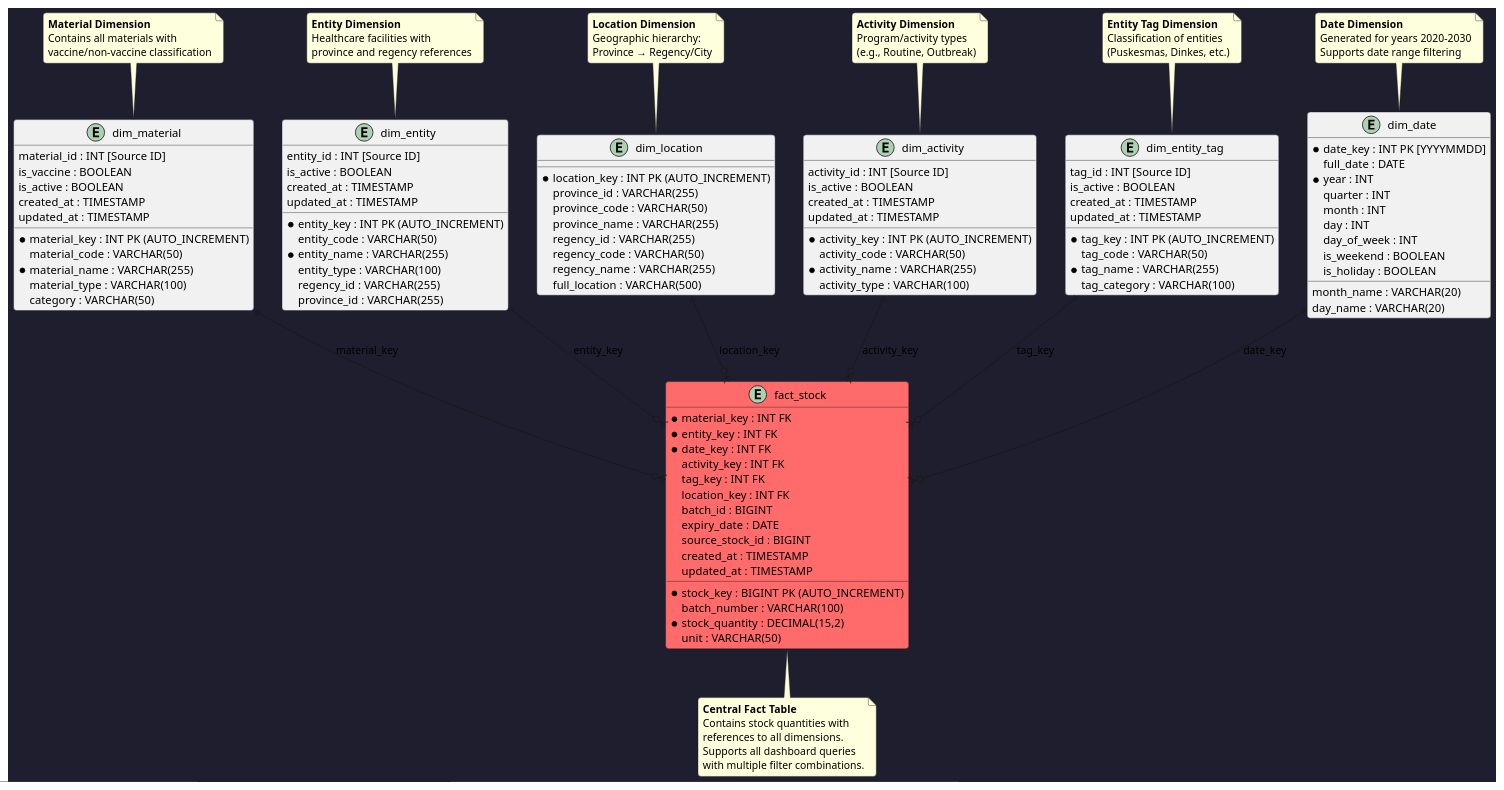
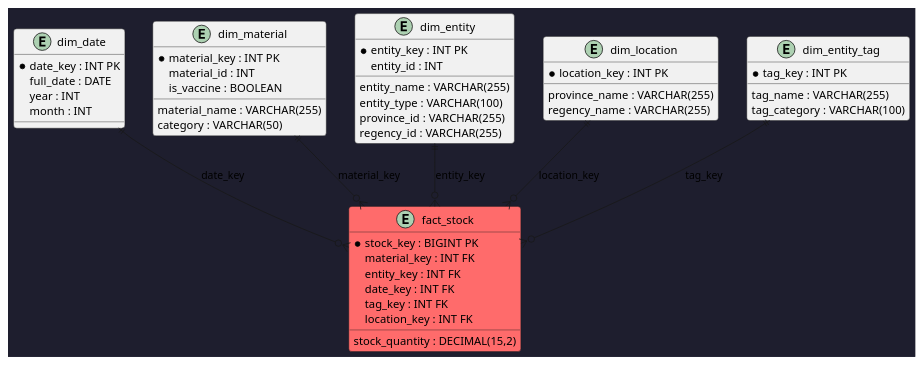
The second of 2 diagrams in README.md (wildan14ar/Requirement-Badr_Interactive), drawn with PlantUML before and after one commit. The commit also changed other lines of this file and 37 other files, not shown here.

````diff
--- a/README.md
+++ b/README.md
@@ -358,154 +120,61 @@
 ```plantuml
-@startuml datamart_schema
+@startuml schema
 
 skinparam backgroundColor #1E1E2E
 skinparam defaultFontName Segoe UI
 skinparam roundCorner 8
 
-' Dimension Tables
 entity "dim_date" as dim_date {
-  * date_key : INT PK [YYYYMMDD]
+  * date_key : INT PK
   full_date : DATE
-  * year : INT
-  quarter : INT
+  year : INT
   month : INT
-  month_name : VARCHAR(20)
-  day : INT
-  day_of_week : INT
-  day_name : VARCHAR(20)
-  is_weekend : BOOLEAN
-  is_holiday : BOOLEAN
 }
 
 entity "dim_material" as dim_material {
-  * material_key : INT PK (AUTO_INCREMENT)
-  material_id : INT [Source ID]
-  material_code : VARCHAR(50)
-  * material_name : VARCHAR(255)
-  material_type : VARCHAR(100)
+  * material_key : INT PK
+  material_id : INT
+  material_name : VARCHAR(255)
   category : VARCHAR(50)
   is_vaccine : BOOLEAN
-  is_active : BOOLEAN
-  created_at : TIMESTAMP
-  updated_at : TIMESTAMP
 }
 
 entity "dim_entity" as dim_entity {
-  * entity_key : INT PK (AUTO_INCREMENT)
-  entity_id : INT [Source ID]
-  entity_code : VARCHAR(50)
-  * entity_name : VARCHAR(255)
+  * entity_key : INT PK
+  entity_id : INT
+  entity_name : VARCHAR(255)
   entity_type : VARCHAR(100)
+  province_id : VARCHAR(255)
   regency_id : VARCHAR(255)
-  province_id : VARCHAR(255)
-  is_active : BOOLEAN
-  created_at : TIMESTAMP
-  updated_at : TIMESTAMP
 }
 
 entity "dim_location" as dim_location {
-  * location_key : INT PK (AUTO_INCREMENT)
-  province_id : VARCHAR(255)
-  province_code : VARCHAR(50)
+  * location_key : INT PK
   province_name : VARCHAR(255)
-  regency_id : VARCHAR(255)
-  regency_code : VARCHAR(50)
   regency_name : VARCHAR(255)
-  full_location : VARCHAR(500)
-}
-
-entity "dim_activity" as dim_activity {
-  * activity_key : INT PK (AUTO_INCREMENT)
-  activity_id : INT [Source ID]
-  activity_code : VARCHAR(50)
-  * activity_name : VARCHAR(255)
-  activity_type : VARCHAR(100)
-  is_active : BOOLEAN
-  created_at : TIMESTAMP
-  updated_at : TIMESTAMP
 }
 
 entity "dim_entity_tag" as dim_entity_tag {
-  * tag_key : INT PK (AUTO_INCREMENT)
-  tag_id : INT [Source ID]
-  tag_code : VARCHAR(50)
-  * tag_name : VARCHAR(255)
+  * tag_key : INT PK
+  tag_name : VARCHAR(255)
   tag_category : VARCHAR(100)
-  is_active : BOOLEAN
-  created_at : TIMESTAMP
-  updated_at : TIMESTAMP
 }
 
-' Fact Table
 entity "fact_stock" as fact_stock #FF6B6B {
-  * stock_key : BIGINT PK (AUTO_INCREMENT)
-  * material_key : INT FK
-  * entity_key : INT FK
-  * date_key : INT FK
-  activity_key : INT FK
+  * stock_key : BIGINT PK
+  material_key : INT FK
+  entity_key : INT FK
+  date_key : INT FK
   tag_key : INT FK
   location_key : INT FK
-  batch_id : BIGINT
-  batch_number : VARCHAR(100)
-  * stock_quantity : DECIMAL(15,2)
-  unit : VARCHAR(50)
-  expiry_date : DATE
-  source_stock_id : BIGINT
-  created_at : TIMESTAMP
-  updated_at : TIMESTAMP
+  stock_quantity : DECIMAL(15,2)
 }
 
-' Relationships
-dim_date ||--o{ fact_stock : "date_key"
-dim_material ||--o{ fact_stock : "material_key"
-dim_entity ||--o{ fact_stock : "entity_key"
-dim_location ||--o{ fact_stock : "location_key"
-dim_activity ||--o{ fact_stock : "activity_key"
-dim_entity_tag ||--o{ fact_stock : "tag_key"
-
-note top of dim_date
-  **Date Dimension**
-  Generated for years 2020-2030
-  Supports date range filtering
-end note
-
-note top of dim_material
-  **Material Dimension**
-  Contains all materials with
-  vaccine/non-vaccine classification
-end note
-
-note top of dim_entity
-  **Entity Dimension**
-  Healthcare facilities with
-  province and regency references
-end note
-
-note top of dim_location
-  **Location Dimension**
-  Geographic hierarchy:
-  Province → Regency/City
-end note
-
-note top of dim_activity
-  **Activity Dimension**
-  Program/activity types
-  (e.g., Routine, Outbreak)
-end note
-
-note top of dim_entity_tag
-  **Entity Tag Dimension**
-  Classification of entities
-  (Puskesmas, Dinkes, etc.)
-end note
-
-note bottom of fact_stock
-  **Central Fact Table**
-  Contains stock quantities with
-  references to all dimensions.
-  Supports all dashboard queries
-  with multiple filter combinations.
-end note
+dim_date ||--o{ fact_stock : date_key
+dim_material ||--o{ fact_stock : material_key
+dim_entity ||--o{ fact_stock : entity_key
+dim_location ||--o{ fact_stock : location_key
+dim_entity_tag ||--o{ fact_stock : tag_key
 
 @enduml
 ```
````
